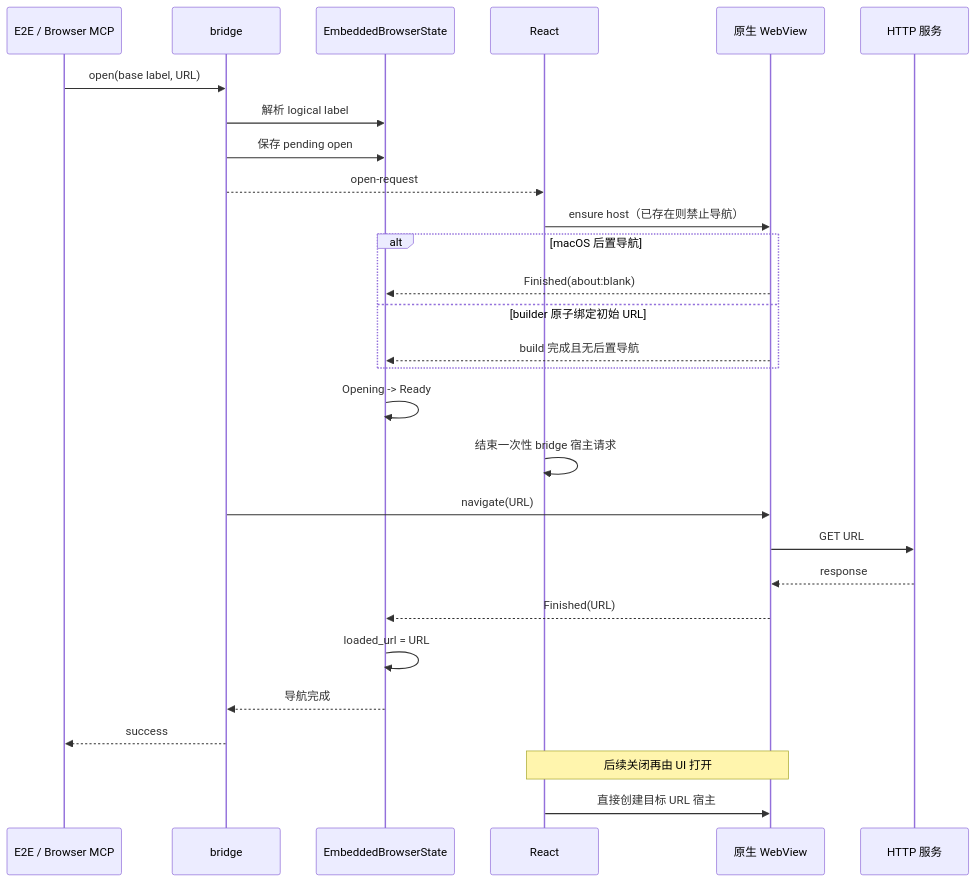
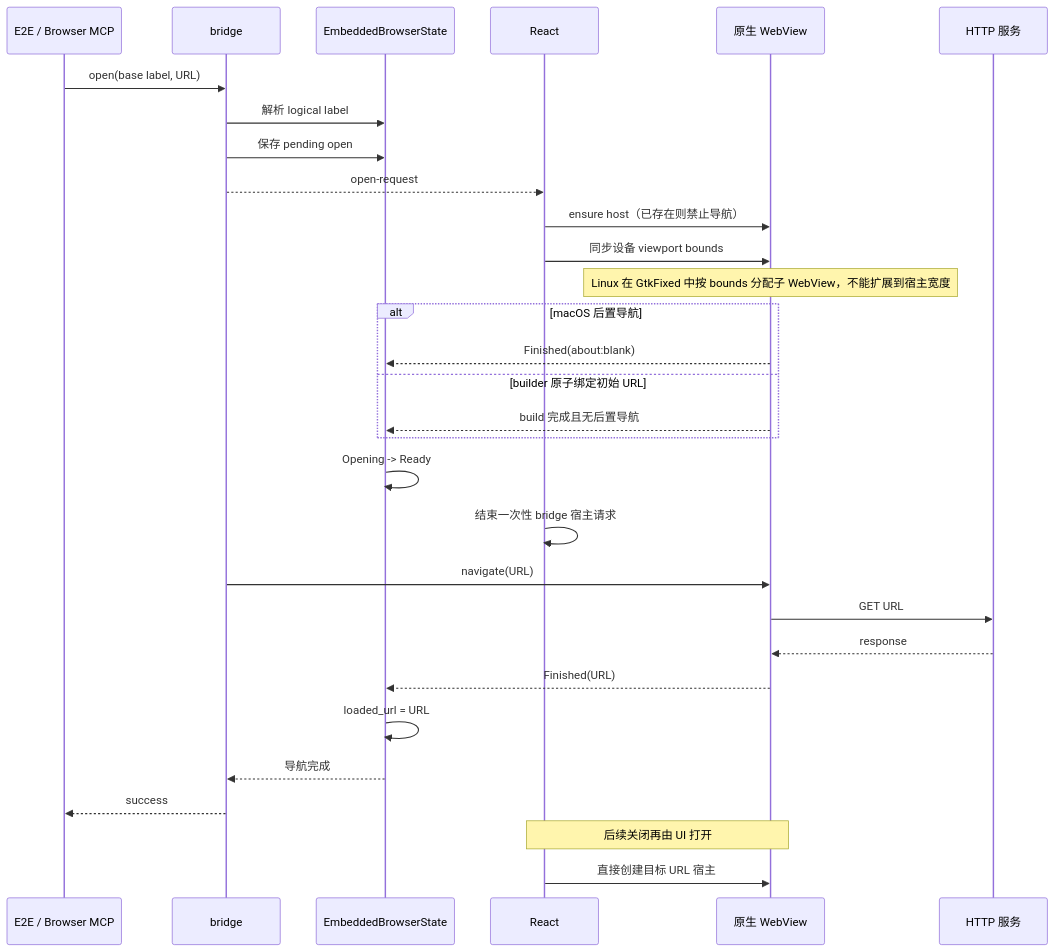
The second of 2 diagrams in i18n/zh/docusaurus-plugin-content-docs/current/architecture/embedded-browser.md (wecode-ai/wegent-docs), drawn with Mermaid before and after one commit. The commit also changed other lines of this file and 1 other file, not shown here.

````diff
--- a/i18n/zh/docusaurus-plugin-content-docs/current/architecture/embedded-browser.md
+++ b/i18n/zh/docusaurus-plugin-content-docs/current/architecture/embedded-browser.md
@@ -31,32 +33,34 @@
 ```mermaid
 sequenceDiagram
     participant C as E2E / Browser MCP
     participant B as bridge
     participant S as EmbeddedBrowserState
     participant R as React
     participant W as 原生 WebView
     participant H as HTTP 服务
 
     C->>B: open(base label, URL)
     B->>S: 解析 logical label
     B->>S: 保存 pending open
     B-->>R: open-request
     R->>W: ensure host（已存在则禁止导航）
+    R->>W: 同步设备 viewport bounds
+    Note over W: Linux 在 GtkFixed 中按 bounds 分配子 WebView，不能扩展到宿主宽度
     alt macOS 后置导航
         W-->>S: Finished(about:blank)
     else builder 原子绑定初始 URL
         W-->>S: build 完成且无后置导航
     end
     S->>S: Opening -> Ready
     R->>R: 结束一次性 bridge 宿主请求
     B->>W: navigate(URL)
     W->>H: GET URL
     H-->>W: response
     W-->>S: Finished(URL)
     S->>S: loaded_url = URL
     S-->>B: 导航完成
     B-->>C: success
 
     Note over R,W: 后续关闭再由 UI 打开
     R->>W: 直接创建目标 URL 宿主
 ```
````
